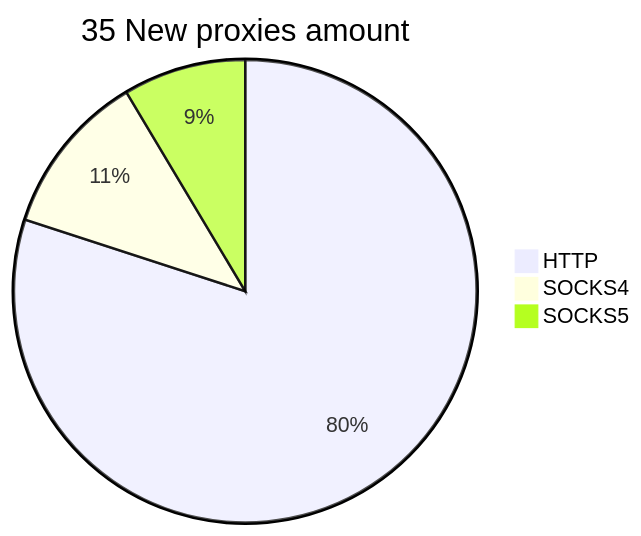
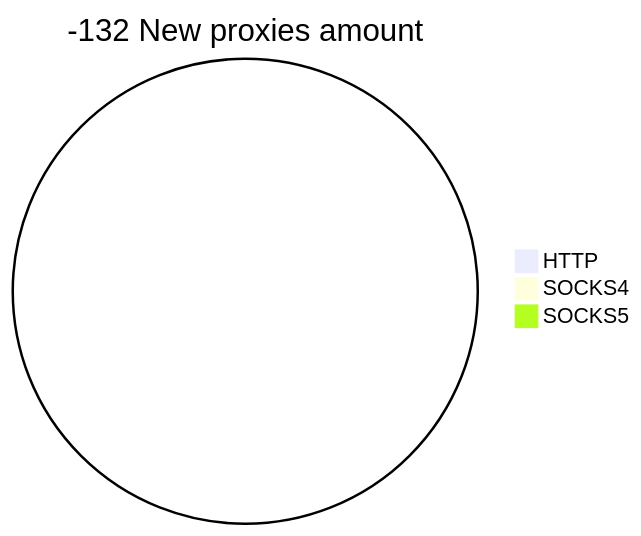
The second of 2 diagrams in README.md (cutipu/proxylist), drawn with Mermaid before and after one commit. The commit also changed other lines of this file, not shown here.

````diff
--- a/README.md
+++ b/README.md
@@ -10,6 +10,6 @@
 ```mermaid
-pie title 35 New proxies amount
-    "HTTP" : 28
-    "SOCKS4" : 4
-    "SOCKS5" : 3
+pie title -132 New proxies amount
+    "HTTP" : 0
+    "SOCKS4" : 0
+    "SOCKS5" : 0
 ```
````
